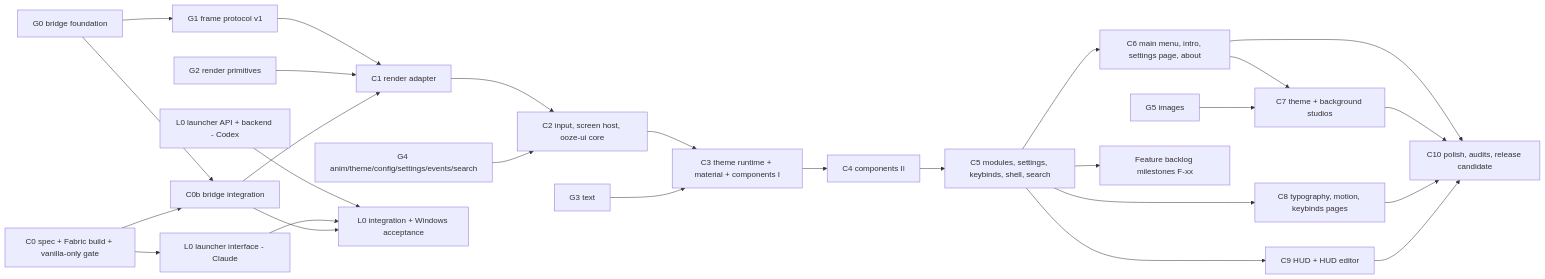
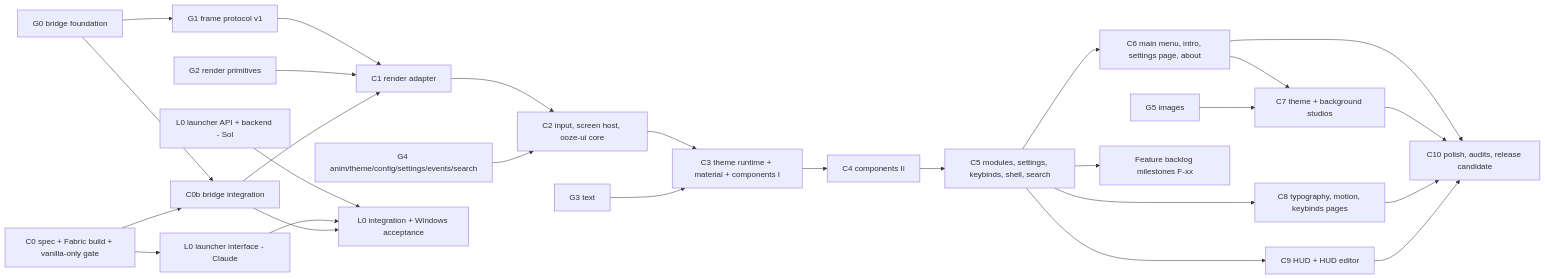
Before and after one commit to kyluua/Ooze-Client: the diagram in docs/IMPLEMENTATION_PLAN.md, drawn with Mermaid. The commit also changed other lines of this file and 11 other files, not shown here.

First line of the commit message:
docs(handoff): CLAUDE-L0 handoff, Sol backend review and requests; specs aligned to Sol's API 1

````diff
--- a/docs/IMPLEMENTATION_PLAN.md
+++ b/docs/IMPLEMENTATION_PLAN.md
@@ -21,26 +21,26 @@
 ```mermaid
 flowchart LR
   G0[G0 bridge foundation] --> C0b[C0b bridge integration]
   C0[C0 spec + Fabric build + vanilla-only gate] --> C0b
   G0 --> G1[G1 frame protocol v1]
   G1 --> C1[C1 render adapter]
   G2[G2 render primitives] --> C1
   C0b --> C1
   C1 --> C2[C2 input, screen host, ooze-ui core]
   G4[G4 anim/theme/config/settings/events/search] --> C2
   C2 --> C3[C3 theme runtime + material + components I]
   G3[G3 text] --> C3
   C3 --> C4[C4 components II]
   C4 --> C5[C5 modules, settings, keybinds, shell, search]
   C5 --> C6[C6 main menu, intro, settings page, about]
   C5 --> C8[C8 typography, motion, keybinds pages]
   C5 --> C9[C9 HUD + HUD editor]
   C6 --> C7[C7 theme + background studios]
   G5[G5 images] --> C7
   C6 & C7 & C8 & C9 --> C10[C10 polish, audits, release candidate]
   C5 --> FB[Feature backlog milestones F-xx]
   C0 --> L0UI[L0 launcher interface - Claude]
-  L0API[L0 launcher API + backend - Codex] --> L0I[L0 integration + Windows acceptance]
+  L0API[L0 launcher API + backend - Sol] --> L0I[L0 integration + Windows acceptance]
   L0UI --> L0I
   C0b --> L0I
 ```
````
